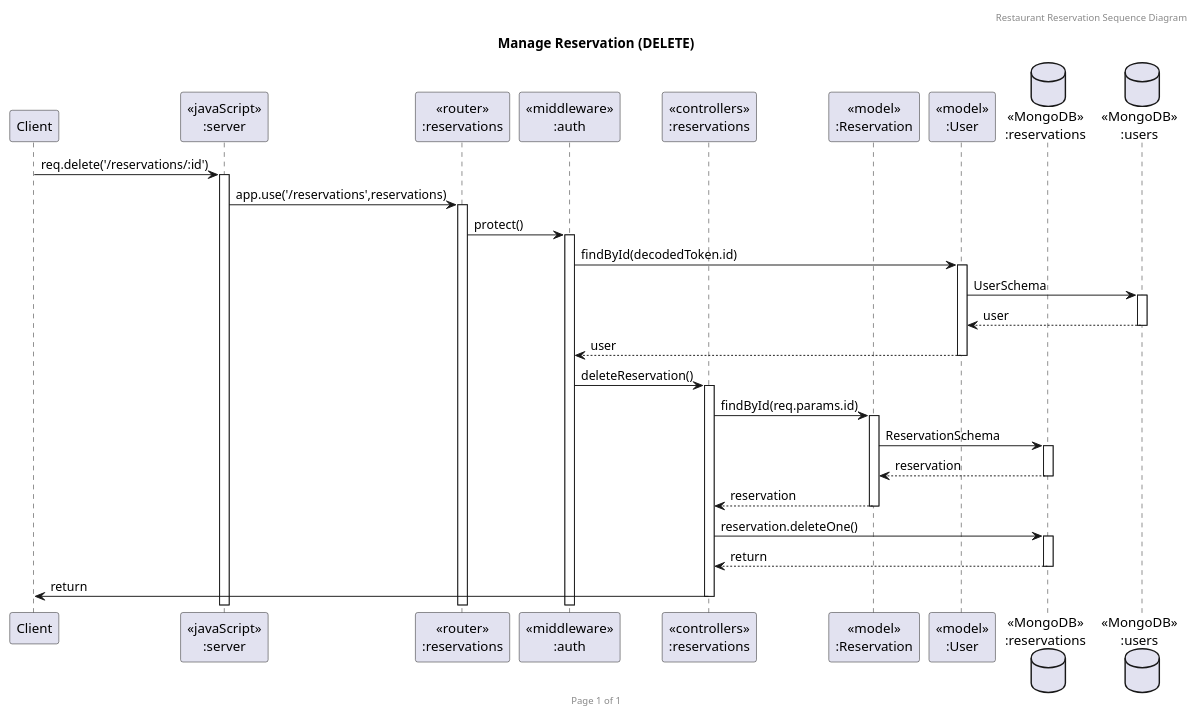
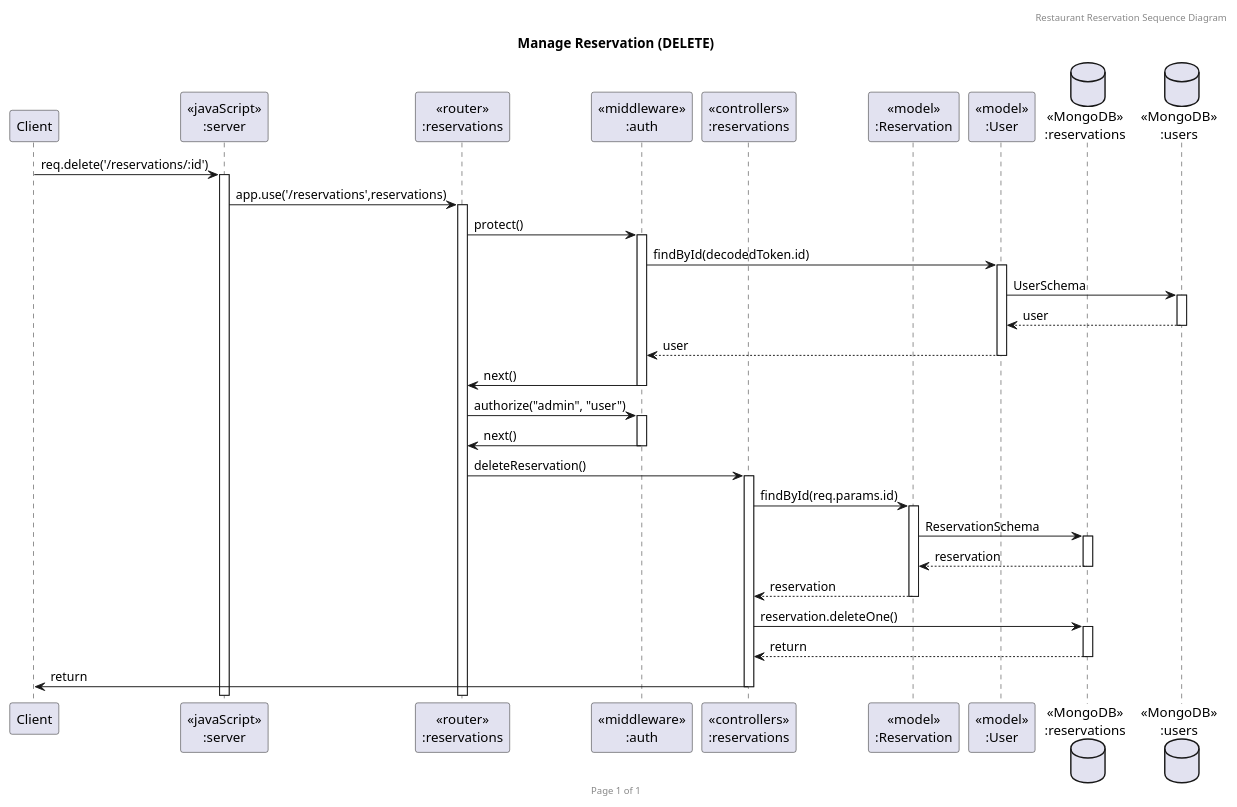
One commit to Prince-in-the-wood/sw-dev-term-project changed the diagram in doc/sequence-diagrams/reservation/delete-reservation.puml. Above: the diagram before and after it, drawn with PlantUML. The commit also changed 9 other files, not shown here.

Commit message:
docs: Add missing seq in diagram

```diff
--- a/doc/sequence-diagrams/reservation/delete-reservation.puml
+++ b/doc/sequence-diagrams/reservation/delete-reservation.puml
@@ -1,36 +1,39 @@
 @startuml Manage Reservation (DELETE)
 
 header Restaurant Reservation Sequence Diagram
 footer Page %page% of %lastpage%
 title "Manage Reservation (DELETE)"
 
 participant "Client" as client
 participant "<<javaScript>>\n:server" as server
 participant "<<router>>\n:reservations" as routerReservations
 participant "<<middleware>>\n:auth" as middlewareAuth
 participant "<<controllers>>\n:reservations" as controllersReservations
 participant "<<model>>\n:Reservation" as modelReservation
 participant "<<model>>\n:User" as modelUser
 database "<<MongoDB>>\n:reservations" as ReservationsDatabase
 database "<<MongoDB>>\n:users" as UsersDatabase
 
 ' DELETE
 client->server ++:req.delete('/reservations/:id')
 server->routerReservations ++:app.use('/reservations',reservations)
 routerReservations -> middlewareAuth ++:protect()
 middlewareAuth -> modelUser ++:findById(decodedToken.id)
 modelUser -> UsersDatabase ++:UserSchema
 UsersDatabase --> modelUser --:user
 modelUser --> middlewareAuth --:user
-middlewareAuth -> controllersReservations ++:deleteReservation()
+middlewareAuth -> routerReservations --:next()
+routerReservations -> middlewareAuth ++:authorize("admin", "user")
+middlewareAuth -> routerReservations --:next()
+routerReservations -> controllersReservations ++:deleteReservation()
 
 controllersReservations -> modelReservation ++:findById(req.params.id)
 modelReservation ->ReservationsDatabase ++: ReservationSchema
 ReservationsDatabase --> modelReservation --: reservation
 controllersReservations <-- modelReservation --:reservation
 
 controllersReservations->ReservationsDatabase ++:reservation.deleteOne()
 controllersReservations <-- ReservationsDatabase --: return
 controllersReservations->client --:return
 
 @enduml
```
